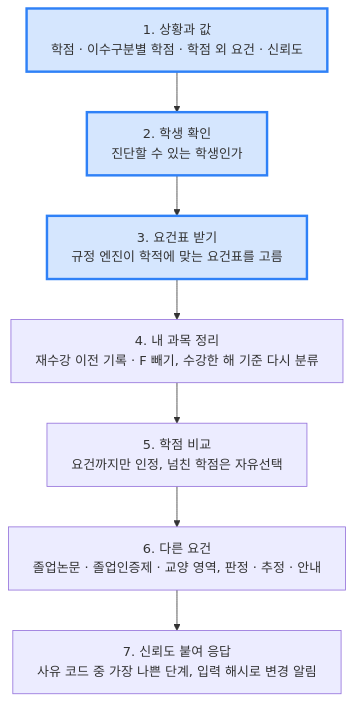
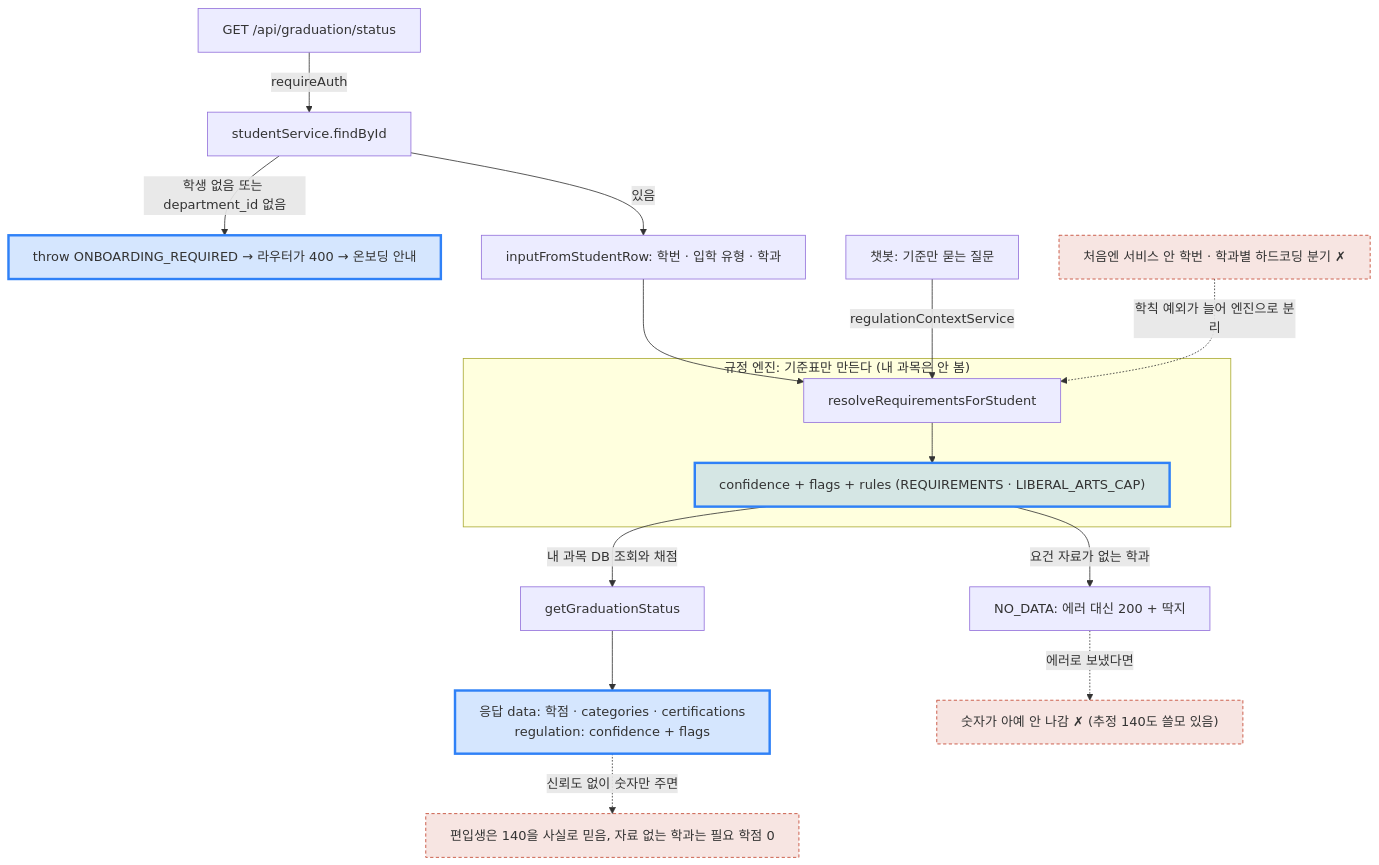
The diagram in 2026/November/11-17.md (ChildrenAon/TIL), drawn with Mermaid before and after one commit. The commit also changed other lines of this file, not shown here.

Commit message:
[ONE Student] 졸업 진단 응답 · 학생 확인 · 엔진과 서비스 분리
고침: 맨 위 그림을 그날 내용이 담긴 그림 한 장으로 바꿈

````diff
--- a/2026/November/11-17.md
+++ b/2026/November/11-17.md
@@ -12,12 +13,22 @@
 ```mermaid
 %%{init: {"flowchart": {"wrappingWidth": 600}, "themeCSS": ".edgeLabel div { display: table-cell !important; width: auto !important; max-width: none !important; white-space: nowrap !important; } .edgeLabel p { padding: 5px 12px !important; margin: 0 !important; background: #55555599; } .edgeLabel, .edgeLabel span, .edgeLabel .labelBkg { background: transparent !important; }"}}%%
 flowchart TD
-  A["1. 상황과 값<br/>학점 · 이수구분별 학점 · 학점 외 요건 · 신뢰도"] --> B["2. 학생 확인<br/>진단할 수 있는 학생인가"]
-  B --> C["3. 요건표 받기<br/>규정 엔진이 학적에 맞는 요건표를 고름"]
-  C --> D["4. 내 과목 정리<br/>재수강 이전 기록 · F 빼기, 수강한 해 기준 다시 분류"]
-  D --> E["5. 학점 비교<br/>요건까지만 인정, 넘친 학점은 자유선택"]
-  E --> F["6. 다른 요건<br/>졸업논문 · 졸업인증제 · 교양 영역, 판정 · 추정 · 안내"]
-  F --> G["7. 신뢰도 붙여 응답<br/>사유 코드 중 가장 나쁜 단계, 입력 해시로 변경 알림"]
+  R["GET /api/graduation/status"] -->|"requireAuth"| S["studentService.findById"]
+  S -->|"학생 없음 또는 department_id 없음"| OB["throw ONBOARDING_REQUIRED → 라우터가 400 → 온보딩 안내"]
+  S -->|"있음"| IN["inputFromStudentRow: 학번 · 입학 유형 · 학과"]
+  IN --> EN
+  subgraph E["규정 엔진: 기준표만 만든다 (내 과목은 안 봄)"]
+    EN["resolveRequirementsForStudent"] --> RU["confidence + flags + rules (REQUIREMENTS · LIBERAL_ARTS_CAP)"]
+  end
+  CB["챗봇: 기준만 묻는 질문"] -->|"regulationContextService"| EN
+  RU -->|"내 과목 DB 조회와 채점"| G["getGraduationStatus"]
+  G --> D["응답 data: 학점 · categories · certifications<br/>regulation: confidence + flags"]
+  RU -->|"요건 자료가 없는 학과"| ND["NO_DATA: 에러 대신 200 + 딱지"]
+  ND -.->|"에러로 보냈다면"| X1["숫자가 아예 안 나감 ✗ (추정 140도 쓸모 있음)"]
+  D -.->|"신뢰도 없이 숫자만 주면"| X2["편입생은 140을 사실로 믿음, 자료 없는 학과는 필요 학점 0"]
+  X3["처음엔 서비스 안 학번 · 학과별 하드코딩 분기 ✗"] -.->|"학칙 예외가 늘어 엔진으로 분리"| EN
   classDef seen fill:#2f81f733,stroke:#2f81f7,stroke-width:3px
-  class A,B,C seen
+  classDef bad fill:#c2402a22,stroke:#c2402a,stroke-dasharray:4 3
+  class OB,RU,D seen
+  class X1,X2,X3 bad
 ```
````
